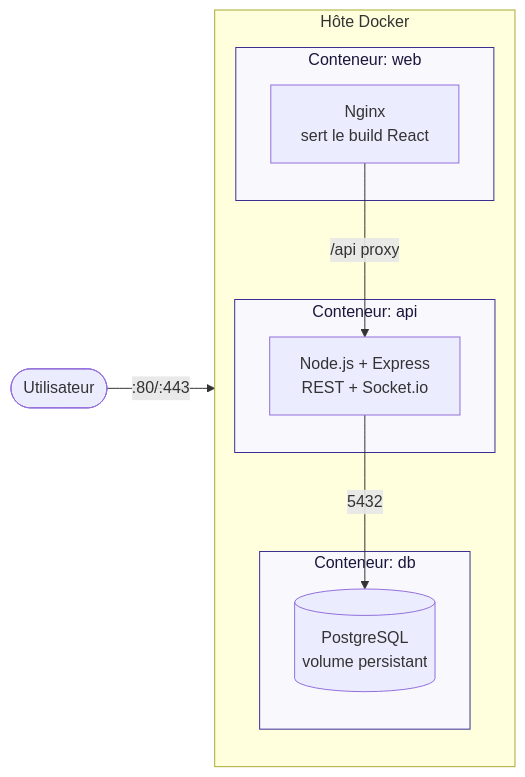
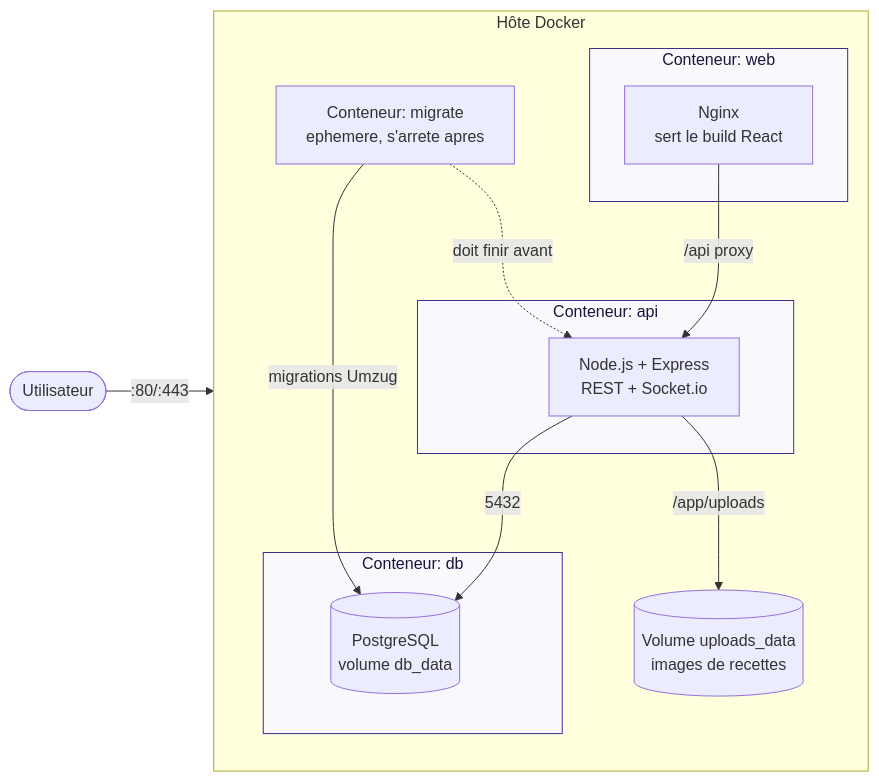
The second of 2 diagrams in docs/conception/05-architecture-deploiement.md (Evan-Morvant/SupMeal), drawn with Mermaid before and after one commit. The commit also changed other lines of this file and 4 other files, not shown here.

````diff
--- a/docs/conception/05-architecture-deploiement.md
+++ b/docs/conception/05-architecture-deploiement.md
@@ -40,21 +42,26 @@
 ```mermaid
 flowchart LR
   subgraph host[Hôte Docker]
     direction TB
     subgraph c1[Conteneur: web]
       NGINX[Nginx<br/>sert le build React]
     end
     subgraph c2[Conteneur: api]
       NODE[Node.js + Express<br/>REST + Socket.io]
     end
     subgraph c3[Conteneur: db]
-      PG[(PostgreSQL<br/>volume persistant)]
+      PG[(PostgreSQL<br/>volume db_data)]
     end
+    MIG[Conteneur: migrate<br/>ephemere, s'arrete apres]
+    UP[(Volume uploads_data<br/>images de recettes)]
   end
   USER([Utilisateur]) -->|:80/:443| NGINX
   NGINX -->|/api proxy| NODE
   NODE -->|5432| PG
+  NODE -->|/app/uploads| UP
+  MIG -->|migrations Umzug| PG
+  MIG -.->|doit finir avant| NODE
 
   classDef v fill:#F9F8FD,stroke:#3B2F92,color:#1A153B;
   class c1,c2,c3 v;
 ```
````
